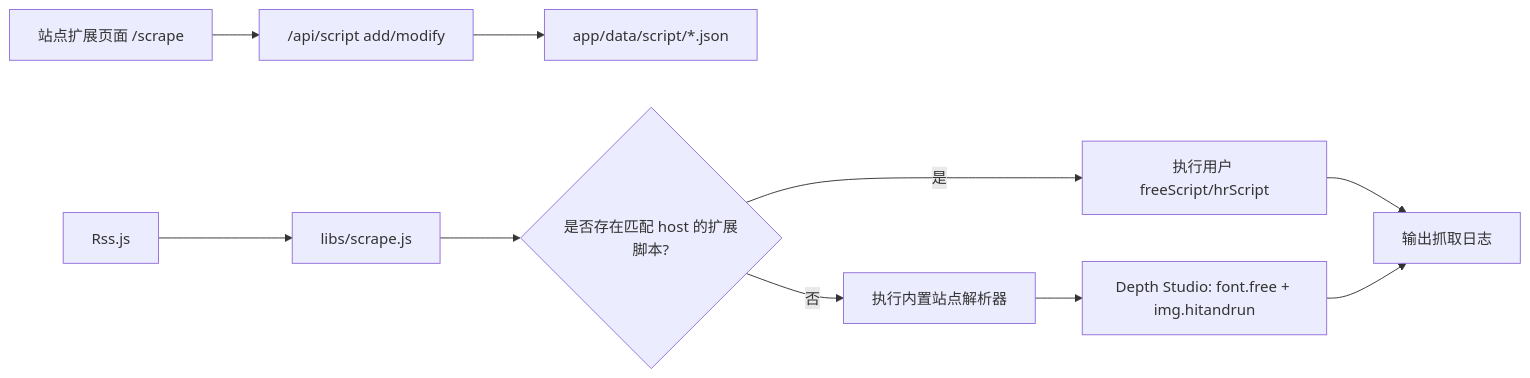
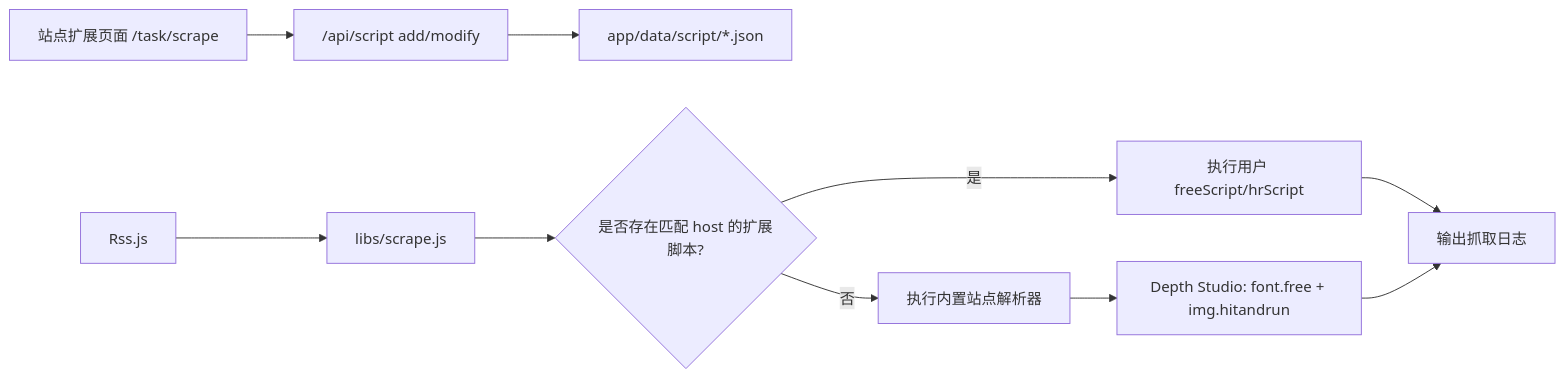
One commit to Kuanghom/vertex changed the second of 2 diagrams in docs/architecture.md. Above: the diagram before and after it, drawn with Mermaid. The commit also changed other lines of this file and 8 other files, not shown here.

````diff
--- a/docs/architecture.md
+++ b/docs/architecture.md
@@ -54,12 +54,12 @@
 ```mermaid
 flowchart LR
-  UI["站点扩展页面 /scrape"] --> API["/api/script add/modify"]
+  UI["站点扩展页面 /task/scrape"] --> API["/api/script add/modify"]
   API --> JSON["app/data/script/*.json"]
   RSS["Rss.js"] --> SCRAPE["libs/scrape.js"]
   SCRAPE --> EXT{"是否存在匹配 host 的扩展脚本?"}
   EXT -- 是 --> USER["执行用户 freeScript/hrScript"]
   EXT -- 否 --> BUILTIN["执行内置站点解析器"]
   BUILTIN --> DS["Depth Studio: font.free + img.hitandrun"]
   USER --> LOG["输出抓取日志"]
   DS --> LOG
 ```
````
